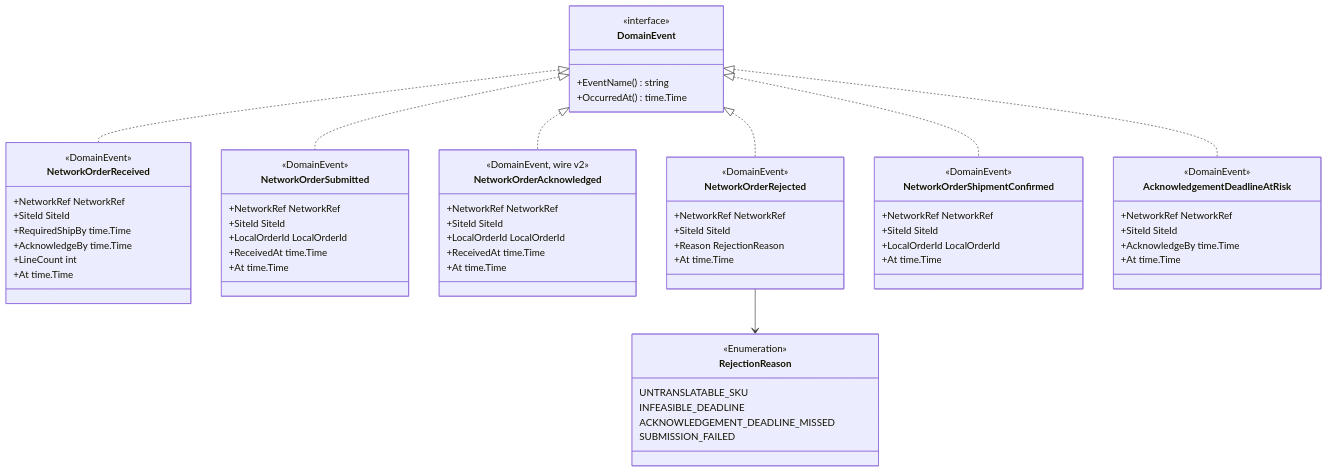
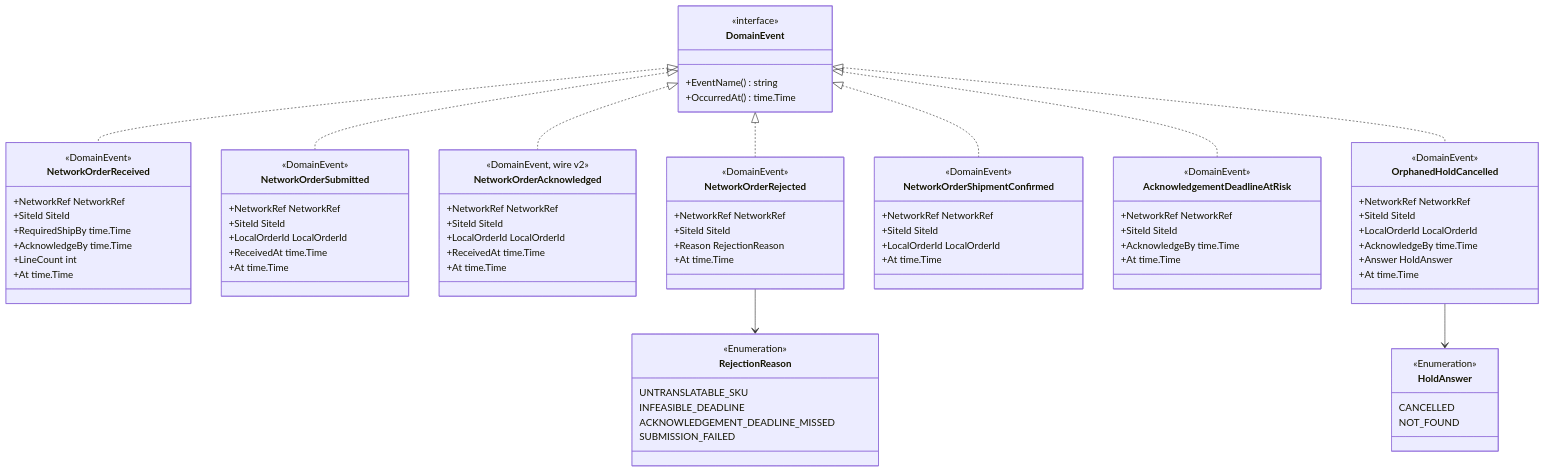
The third of 4 diagrams in docs/contexts/network-fulfillment/class-diagram.md (IQVO/warehouse-docs), drawn with Mermaid before and after one commit. The commit also changed other lines of this file and 53 other files, not shown here.

````diff
--- a/docs/contexts/network-fulfillment/class-diagram.md
+++ b/docs/contexts/network-fulfillment/class-diagram.md
@@ -219,6 +239,20 @@
         +AcknowledgeBy time.Time
         +At time.Time
     }
+    class OrphanedHoldCancelled {
+        <<DomainEvent>>
+        +NetworkRef NetworkRef
+        +SiteId SiteId
+        +LocalOrderId LocalOrderId
+        +AcknowledgeBy time.Time
+        +Answer HoldAnswer
+        +At time.Time
+    }
+    class HoldAnswer {
+        <<Enumeration>>
+        CANCELLED
+        NOT_FOUND
+    }
     class RejectionReason {
         <<Enumeration>>
         UNTRANSLATABLE_SKU
@@ -232,5 +266,7 @@
     DomainEvent <|.. NetworkOrderRejected
     DomainEvent <|.. NetworkOrderShipmentConfirmed
     DomainEvent <|.. AcknowledgementDeadlineAtRisk
+    DomainEvent <|.. OrphanedHoldCancelled
     NetworkOrderRejected --> RejectionReason
+    OrphanedHoldCancelled --> HoldAnswer
 ```
````
